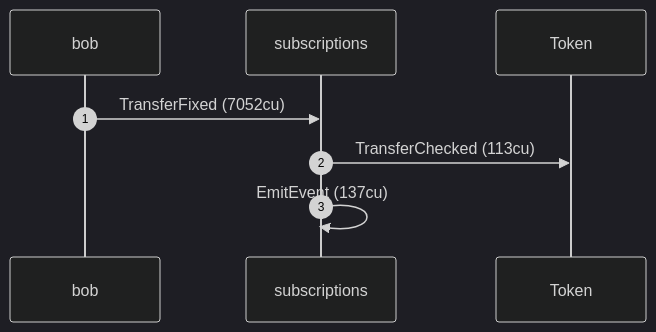
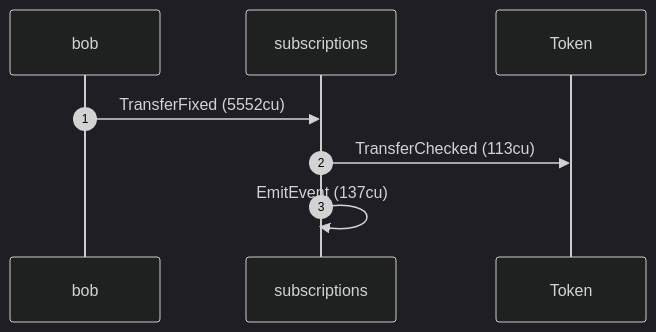
The ninth of 12 diagrams in dsl_tests/create-a-fixed-delegation-with-a-zero-expiry.md (cds-rs/subscriptions), drawn with Mermaid (dark theme) before and after one commit. The commit also changed other lines of this file and 224 other files, not shown here.

````diff
--- a/dsl_tests/create-a-fixed-delegation-with-a-zero-expiry.md
+++ b/dsl_tests/create-a-fixed-delegation-with-a-zero-expiry.md
@@ -182,10 +191,10 @@
 ```mermaid
 sequenceDiagram
     autonumber
     participant bob
     participant subscriptions
     participant Token
-    bob ->> subscriptions: TransferFixed (7052cu)
+    bob ->> subscriptions: TransferFixed (5552cu)
     subscriptions ->> Token: TransferChecked (113cu)
     subscriptions ->> subscriptions: EmitEvent (137cu)
 ```
````
